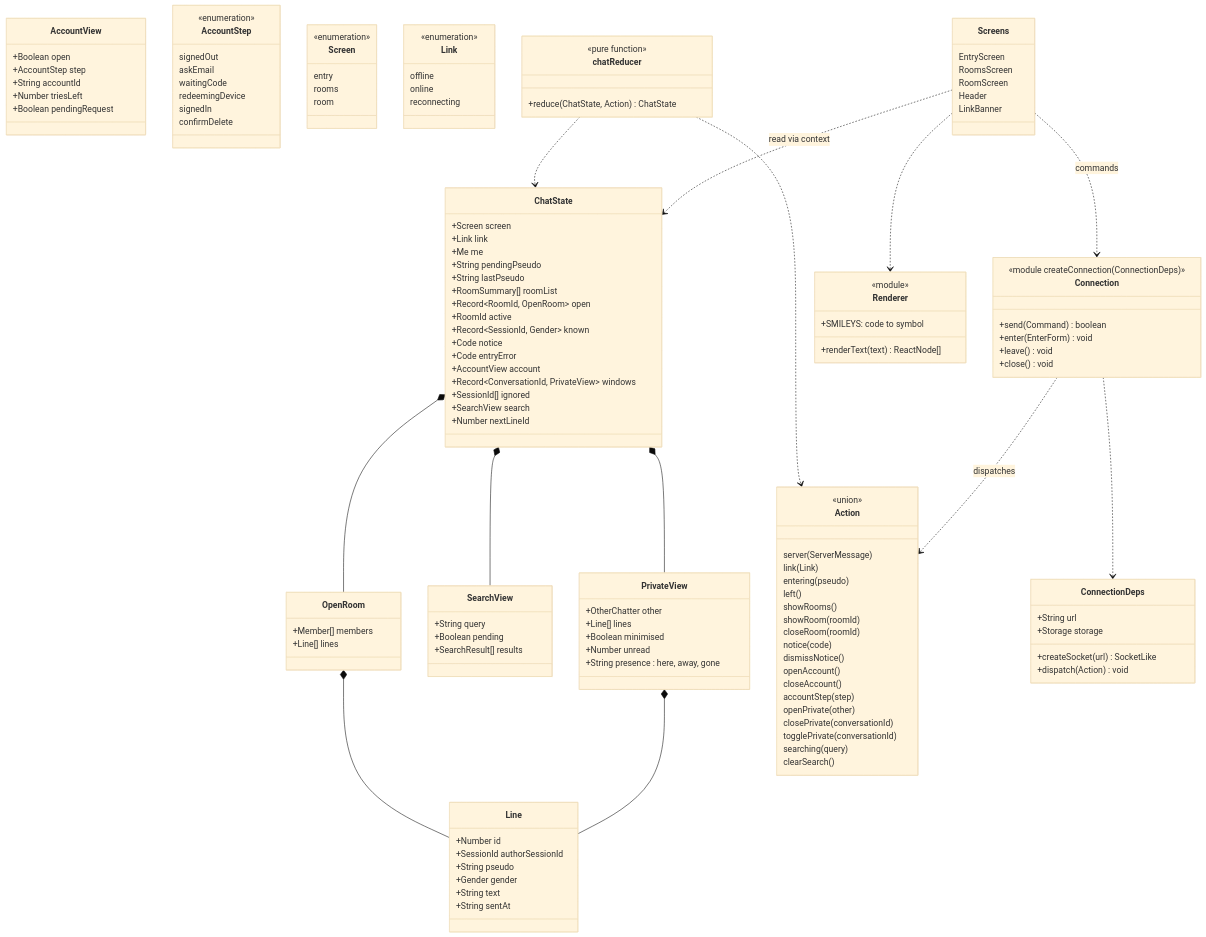
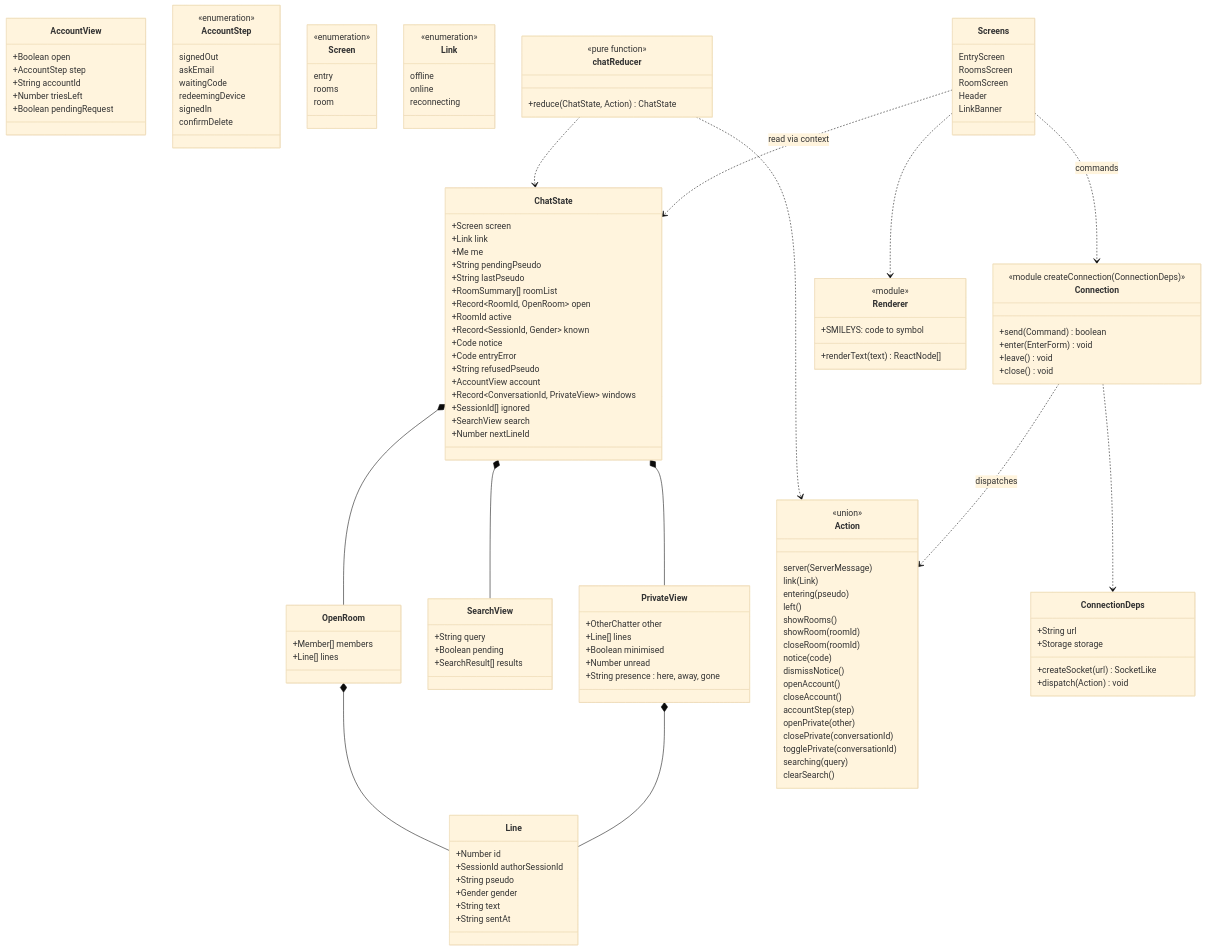
One commit to benoit-bremaud/asv changed the diagram in docs/architecture/diagrams/web-ui/04-class-client-state.md. Above: the diagram before and after it, drawn with Mermaid (base theme). The commit also changed other lines of this file and 9 other files, not shown here.

First line of the commit message:
fix(web): mark the pseudo field invalid and say how to fix a refused pseudo (#159)

```diff
--- a/docs/architecture/diagrams/web-ui/04-class-client-state.md
+++ b/docs/architecture/diagrams/web-ui/04-class-client-state.md
@@ -28,6 +28,7 @@
     +Record~SessionId, Gender~ known
     +Code notice
     +Code entryError
+    +String refusedPseudo
     +AccountView account
     +Record~ConversationId, PrivateView~ windows
     +SessionId[] ignored
```
